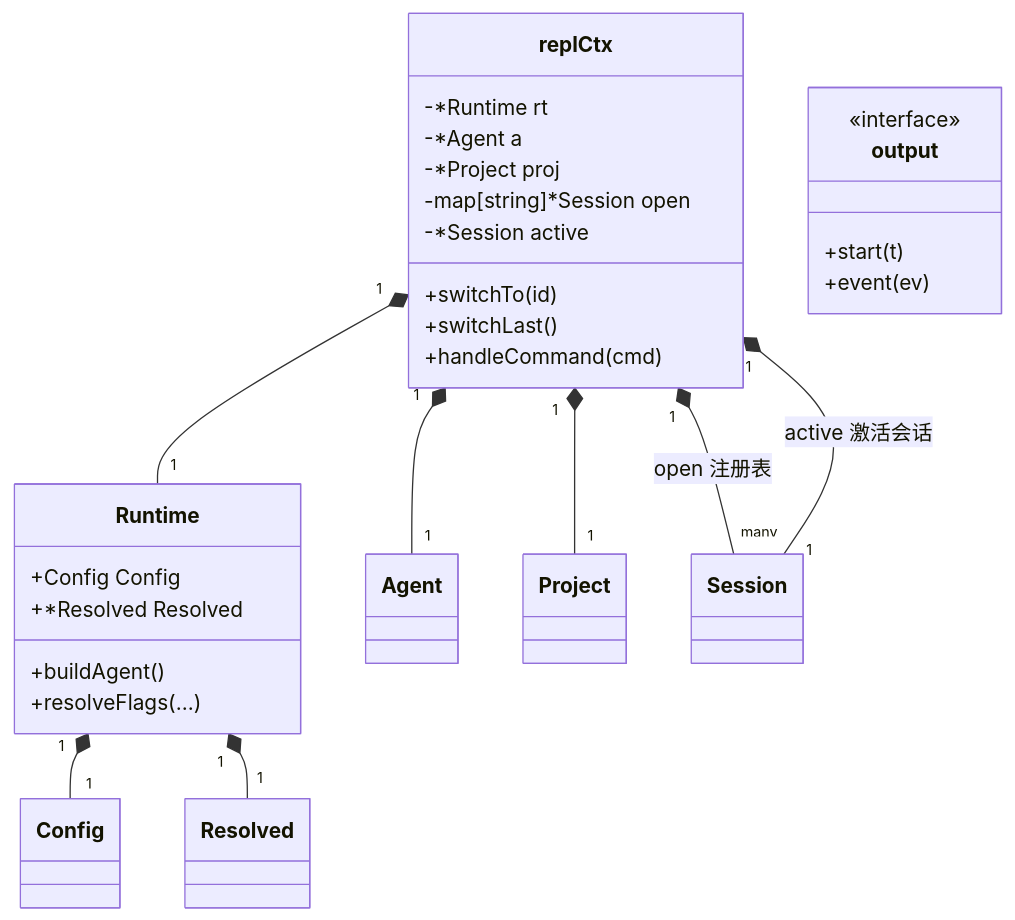
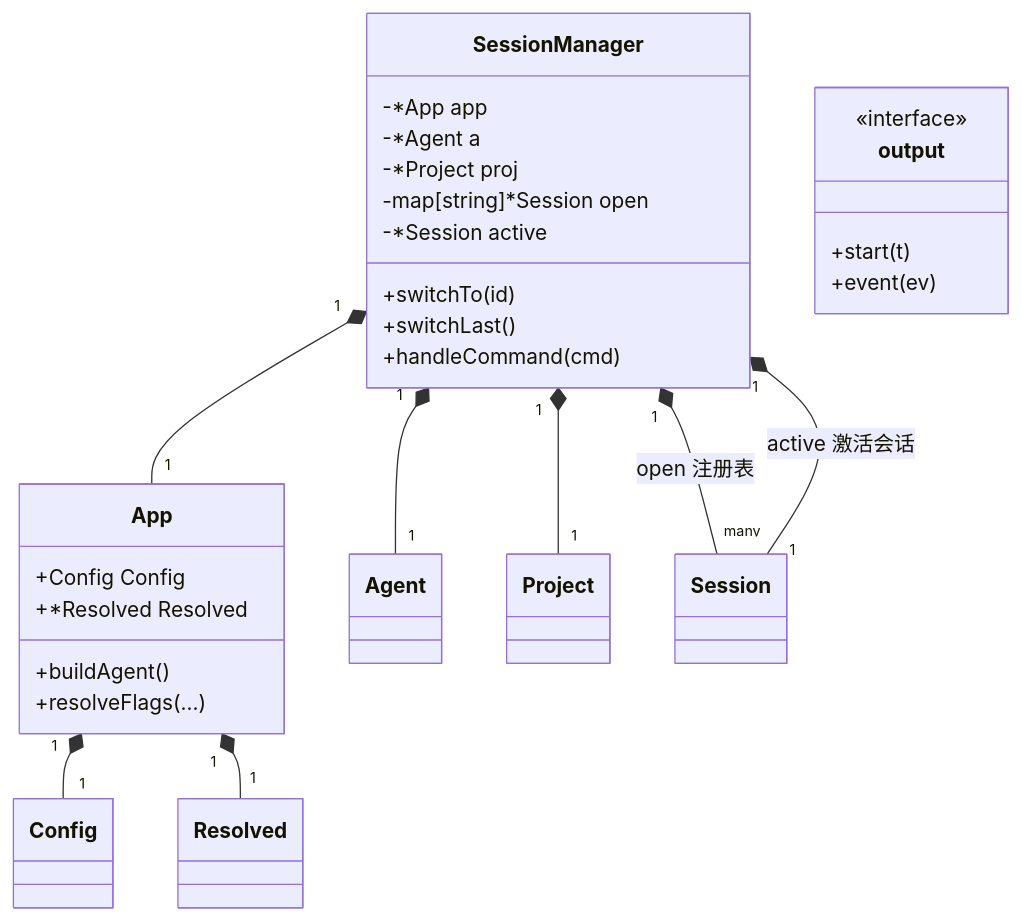
Before and after one commit to HUANGsir-JH/simple-harness: the eighth of 8 diagrams in DATA_STRUCTURES.md, drawn with Mermaid. The commit also changed other lines of this file and 19 other files, not shown here.

First line of the commit message:
refactor: 命名语义化——Thread→Conversation / Runtime→App / replCtx→SessionManager

````diff
--- a/DATA_STRUCTURES.md
+++ b/DATA_STRUCTURES.md
@@ -365,32 +365,32 @@
 ```mermaid
 classDiagram
-    class Runtime {
+    class App {
         +Config Config
         +*Resolved Resolved
         +buildAgent()
         +resolveFlags(...)
     }
-    class replCtx {
-        -*Runtime rt
+    class SessionManager {
+        -*App app
         -*Agent a
         -*Project proj
         -map[string]*Session open
         -*Session active
         +switchTo(id)
         +switchLast()
         +handleCommand(cmd)
     }
     class output {
         <<interface>>
         +start(t)
         +event(ev)
     }
 
-    Runtime "1" *-- "1" Config
-    Runtime "1" *-- "1" Resolved
-    replCtx "1" *-- "1" Runtime
-    replCtx "1" *-- "1" Agent
-    replCtx "1" *-- "1" Project
-    replCtx "1" *-- "many" Session : open 注册表
-    replCtx "1" *-- "1" Session : active 激活会话
+    App "1" *-- "1" Config
+    App "1" *-- "1" Resolved
+    SessionManager "1" *-- "1" App
+    SessionManager "1" *-- "1" Agent
+    SessionManager "1" *-- "1" Project
+    SessionManager "1" *-- "many" Session : open 注册表
+    SessionManager "1" *-- "1" Session : active 激活会话
 ```
````
